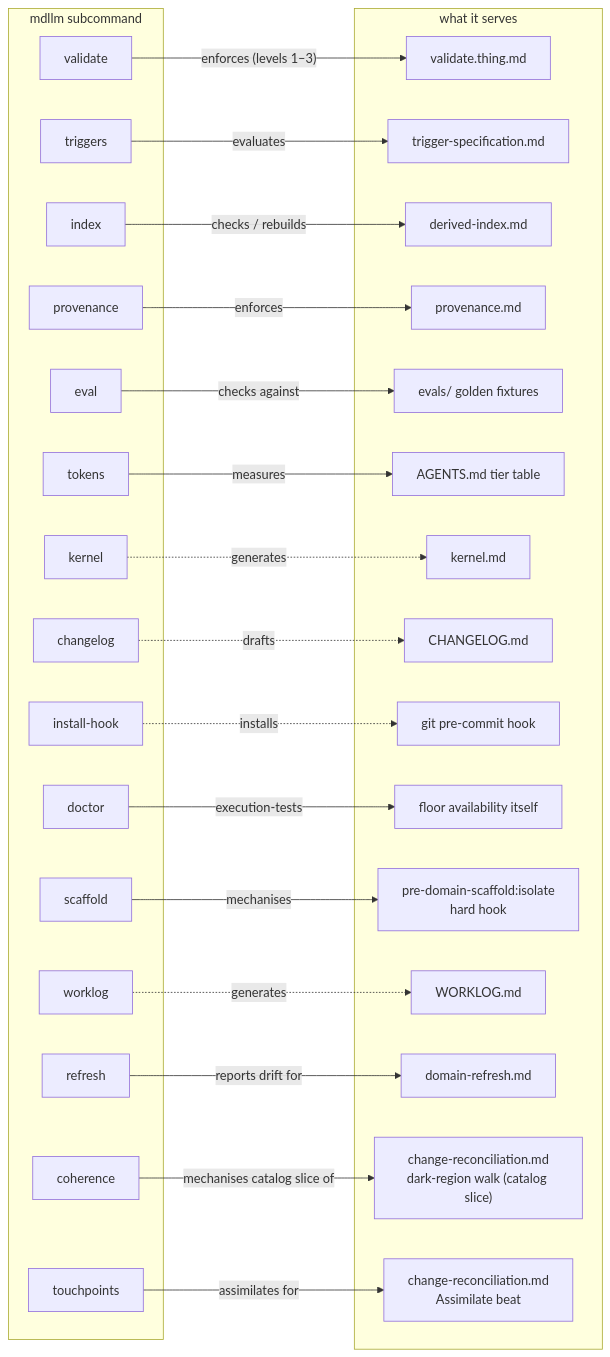
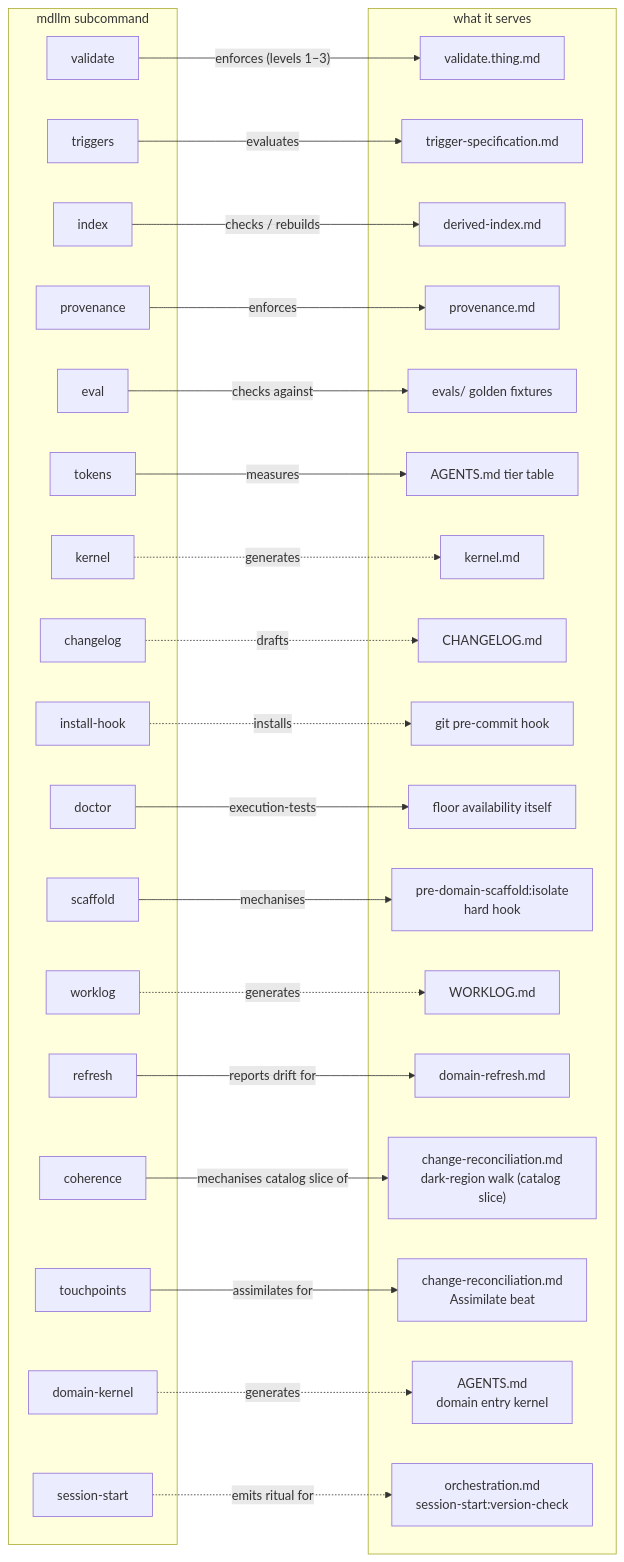
One commit to JanoshMoshiri/MarkdownLLM changed the third of 3 diagrams in docs/framework-map.md. Above: the diagram before and after it, drawn with Mermaid. The commit also changed other lines of this file and 5 other files, not shown here.

````diff
--- a/docs/framework-map.md
+++ b/docs/framework-map.md
@@ -174,53 +174,59 @@
 ```mermaid
 flowchart LR
     subgraph cli ["mdllm subcommand"]
         C1["validate"]
         C2["triggers"]
         C3["index"]
         C4["provenance"]
         C5["eval"]
         C6["tokens"]
         C7["kernel"]
         C8["changelog"]
         C9["install-hook"]
         C10["doctor"]
         C11["scaffold"]
         C12["worklog"]
         C13["refresh"]
         C14["coherence"]
         C15["touchpoints"]
+        C16["domain-kernel"]
+        C17["session-start"]
     end
     subgraph target ["what it serves"]
         T1["validate.thing.md"]
         T2["trigger-specification.md"]
         T3["derived-index.md"]
         T4["provenance.md"]
         T5["evals/ golden fixtures"]
         T6["AGENTS.md tier table"]
         T7["kernel.md"]
         T8["CHANGELOG.md"]
         T9["git pre-commit hook"]
         T10["floor availability itself"]
         T11["pre-domain-scaffold:isolate<br/>hard hook"]
         T12["WORKLOG.md"]
         T13["domain-refresh.md"]
         T14["change-reconciliation.md<br/>dark-region walk (catalog slice)"]
         T15["change-reconciliation.md<br/>Assimilate beat"]
+        T16["AGENTS.md<br/>domain entry kernel"]
+        T17["orchestration.md<br/>session-start:version-check"]
     end
 
     C1 -->|"enforces (levels 1–3)"| T1
     C2 -->|evaluates| T2
     C3 -->|"checks / rebuilds"| T3
     C4 -->|enforces| T4
     C5 -->|checks against| T5
     C6 -->|measures| T6
     C7 -.->|generates| T7
     C8 -.->|drafts| T8
     C9 -.->|installs| T9
     C10 -->|"execution-tests"| T10
     C11 -->|mechanises| T11
     C12 -.->|generates| T12
     C13 -->|"reports drift for"| T13
     C14 -->|"mechanises catalog slice of"| T14
     C15 -->|"assimilates for"| T15
+    C16 -.->|"generates"| T16
+    C17 -.->|"emits ritual for"| T17
 ```
````
